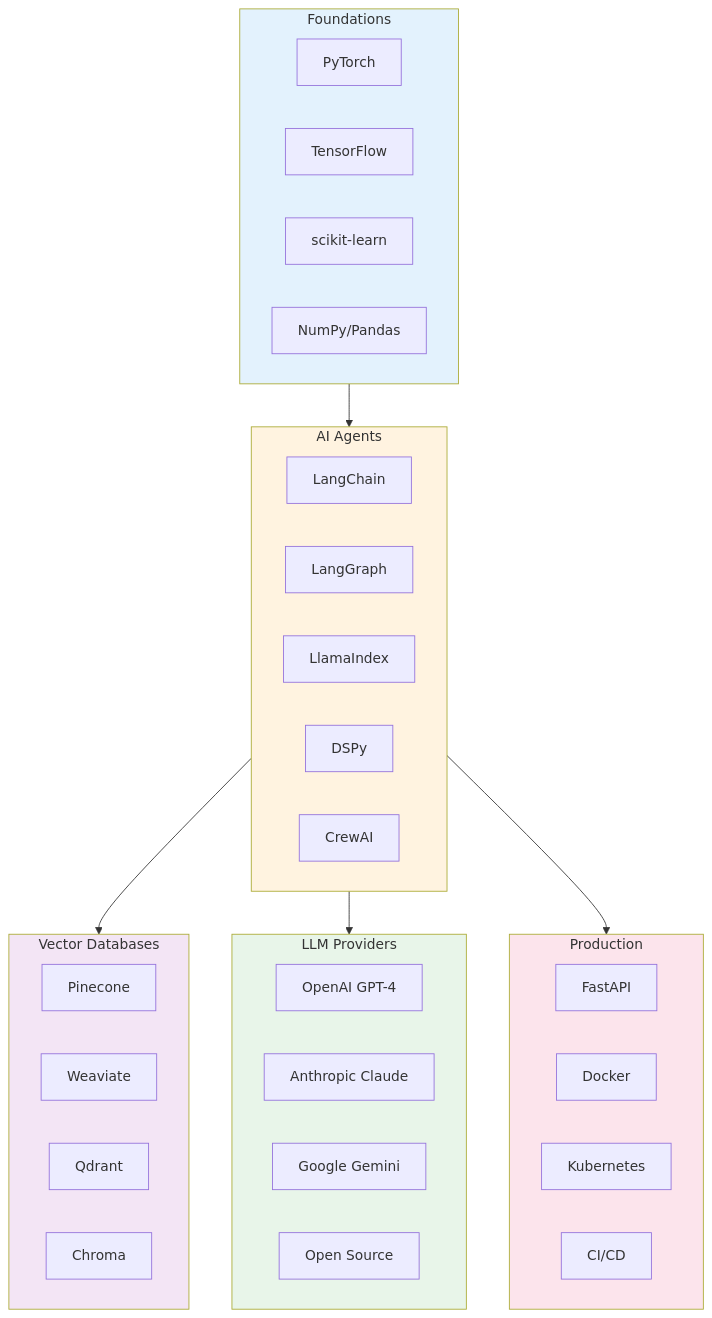
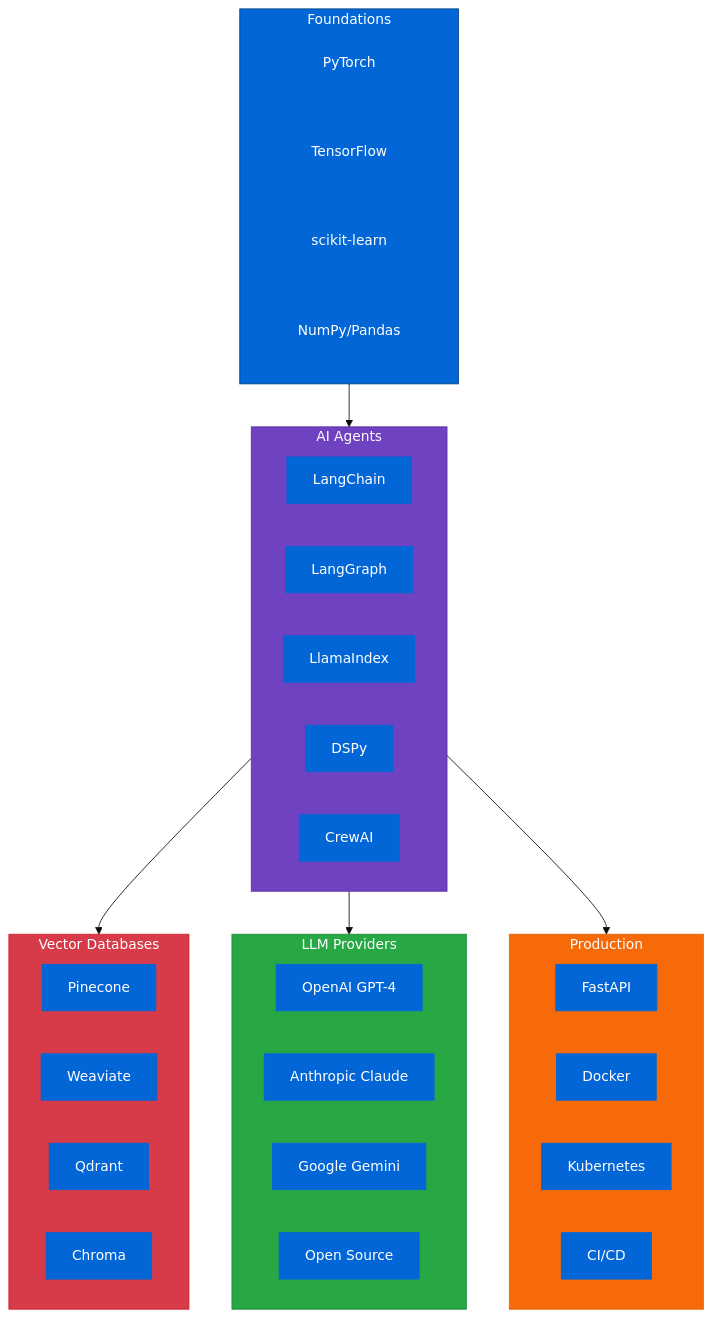
The fourth of 21 diagrams in README.md (nexageapps/AI), drawn with Mermaid before and after one commit. The commit also changed other lines of this file and 1 other file, not shown here.

````diff
--- a/README.md
+++ b/README.md
@@ -141,49 +143,50 @@
 ```mermaid
+%%{init: {'theme':'base', 'themeVariables': {'primaryColor':'#0366d6','primaryTextColor':'#fff','primaryBorderColor':'#0366d6'}}}%%
 graph TD
     subgraph Foundations
         F1[PyTorch]
         F2[TensorFlow]
         F3[scikit-learn]
         F4[NumPy/Pandas]
     end
     
     subgraph Agents["AI Agents"]
         A1[LangChain]
         A2[LangGraph]
         A3[LlamaIndex]
         A4[DSPy]
         A5[CrewAI]
     end
     
     subgraph VectorDB["Vector Databases"]
         V1[Pinecone]
         V2[Weaviate]
         V3[Qdrant]
         V4[Chroma]
     end
     
     subgraph LLMs["LLM Providers"]
         L1[OpenAI GPT-4]
         L2[Anthropic Claude]
         L3[Google Gemini]
         L4[Open Source]
     end
     
     subgraph Production
         P1[FastAPI]
         P2[Docker]
         P3[Kubernetes]
         P4[CI/CD]
     end
     
     Foundations --> Agents
     Agents --> VectorDB
     Agents --> LLMs
     Agents --> Production
     
-    style Foundations fill:#e3f2fd
-    style Agents fill:#fff3e0
-    style VectorDB fill:#f3e5f5
-    style LLMs fill:#e8f5e9
-    style Production fill:#fce4ec
+    style Foundations fill:#0366d6,stroke:#044289,color:#fff
+    style Agents fill:#6f42c1,stroke:#5a32a3,color:#fff
+    style VectorDB fill:#d73a49,stroke:#cb2431,color:#fff
+    style LLMs fill:#28a745,stroke:#22863a,color:#fff
+    style Production fill:#f66a0a,stroke:#e36209,color:#fff
 ```
````
